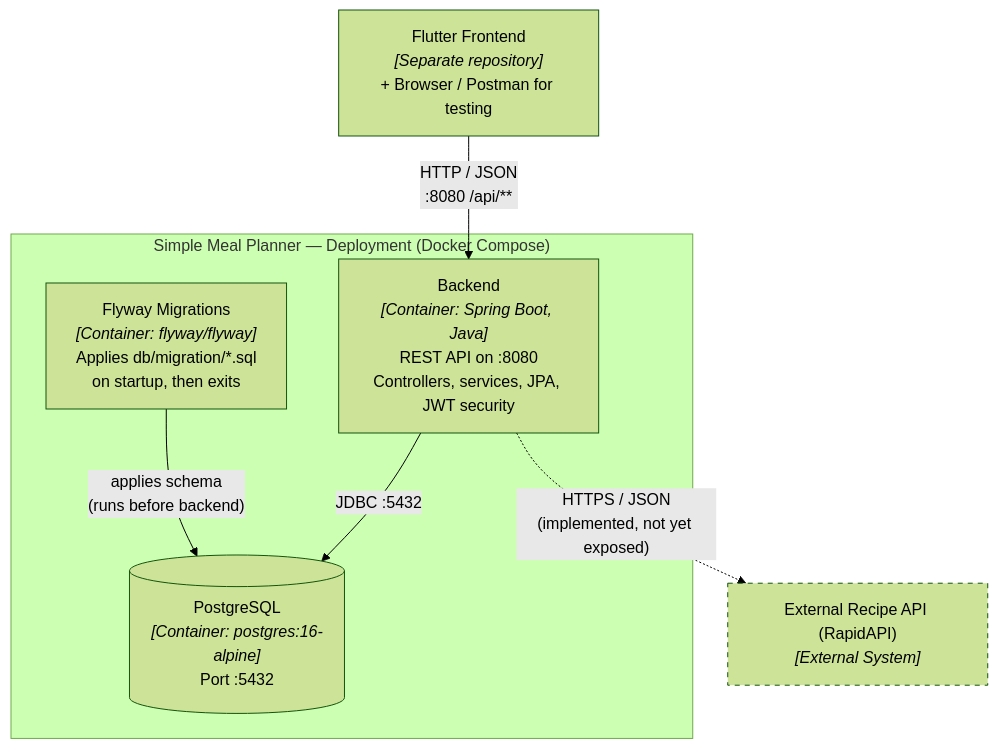
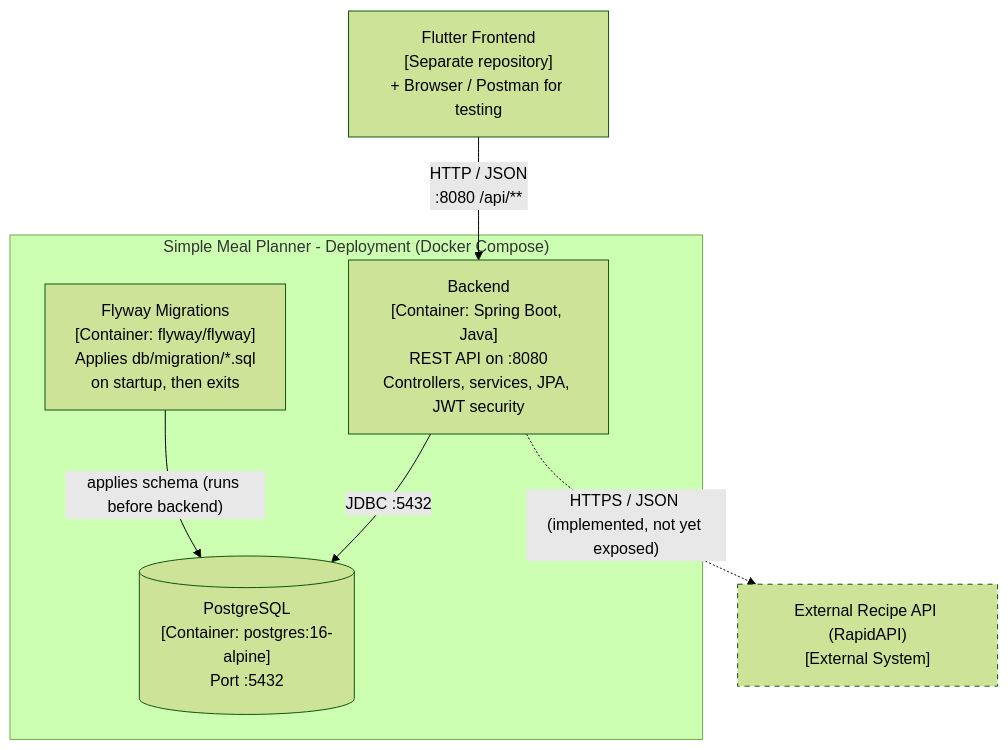
The diagram in docs/diagrams/c2-container.md (hsd-inflab/simple-meal-planner), drawn with Mermaid (forest theme) before and after one commit. The commit also changed 2 other files, not shown here.

Commit message:
fixed diagrams

````diff
--- a/docs/diagrams/c2-container.md
+++ b/docs/diagrams/c2-container.md
@@ -8,20 +8,20 @@
 ```mermaid
 graph TB
-    client["Flutter Frontend<br/><i>[Separate repository]</i><br/>+ Browser / Postman for testing"]
+    client["Flutter Frontend<br/>[Separate repository]<br/>+ Browser / Postman for testing"]
 
-    subgraph system["Simple Meal Planner — Deployment (Docker Compose)"]
-        backend["Backend<br/><i>[Container: Spring Boot, Java]</i><br/>REST API on :8080<br/>Controllers, services, JPA, JWT security"]
-        flyway["Flyway Migrations<br/><i>[Container: flyway/flyway]</i><br/>Applies db/migration/*.sql<br/>on startup, then exits"]
-        db[("PostgreSQL<br/><i>[Container: postgres:16-alpine]</i><br/>Port :5432")]
+    subgraph system["Simple Meal Planner - Deployment (Docker Compose)"]
+        backend["Backend<br/>[Container: Spring Boot, Java]<br/>REST API on :8080<br/>Controllers, services, JPA, JWT security"]
+        flyway["Flyway Migrations<br/>[Container: flyway/flyway]<br/>Applies db/migration/*.sql<br/>on startup, then exits"]
+        db[("PostgreSQL<br/>[Container: postgres:16-alpine]<br/>Port :5432")]
     end
 
-    recipeApi["External Recipe API (RapidAPI)<br/><i>[External System]</i>"]
+    recipeApi["External Recipe API (RapidAPI)<br/>[External System]"]
 
     client -->|"HTTP / JSON<br/>:8080 /api/**"| backend
     backend -->|"JDBC :5432"| db
-    flyway -->|"applies schema<br/>(runs before backend)"| db
-    backend -.->|"HTTPS / JSON<br/>(implemented, not yet exposed)"| recipeApi
+    flyway -->|"applies schema (runs before backend)"| db
+    backend -.->|"HTTPS / JSON (implemented, not yet exposed)"| recipeApi
 
     classDef planned stroke-dasharray: 5 5;
     class recipeApi planned;
 ```
````
